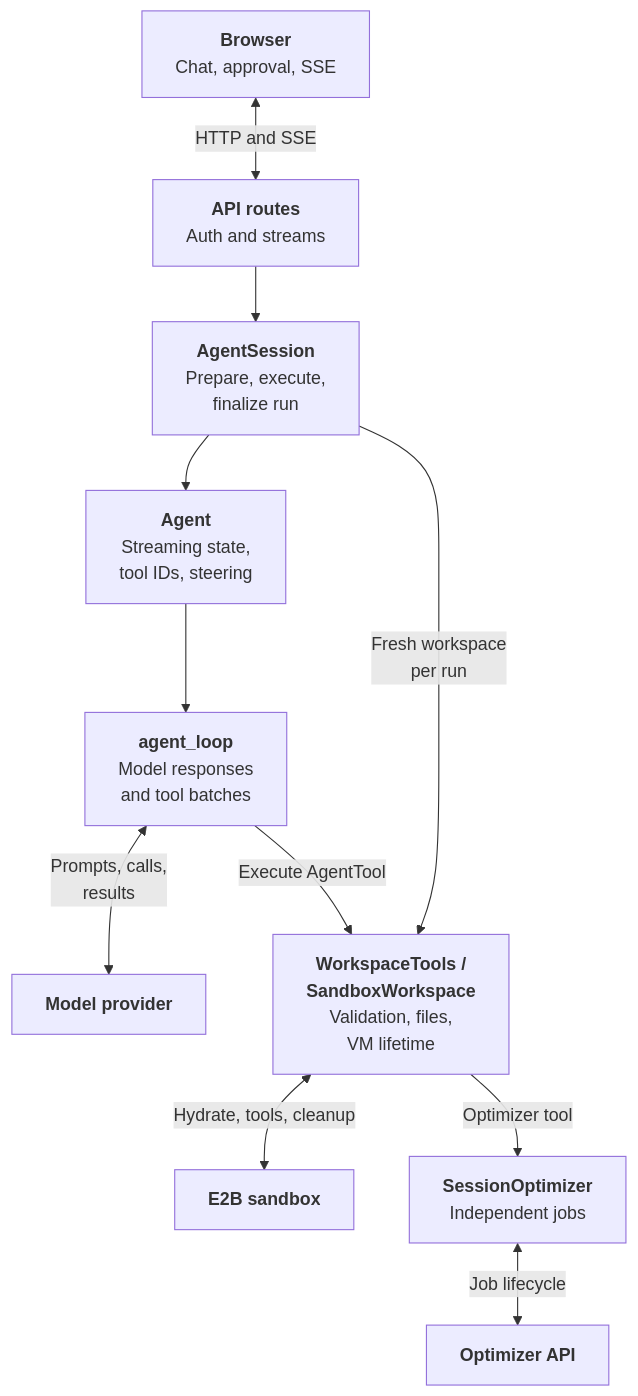
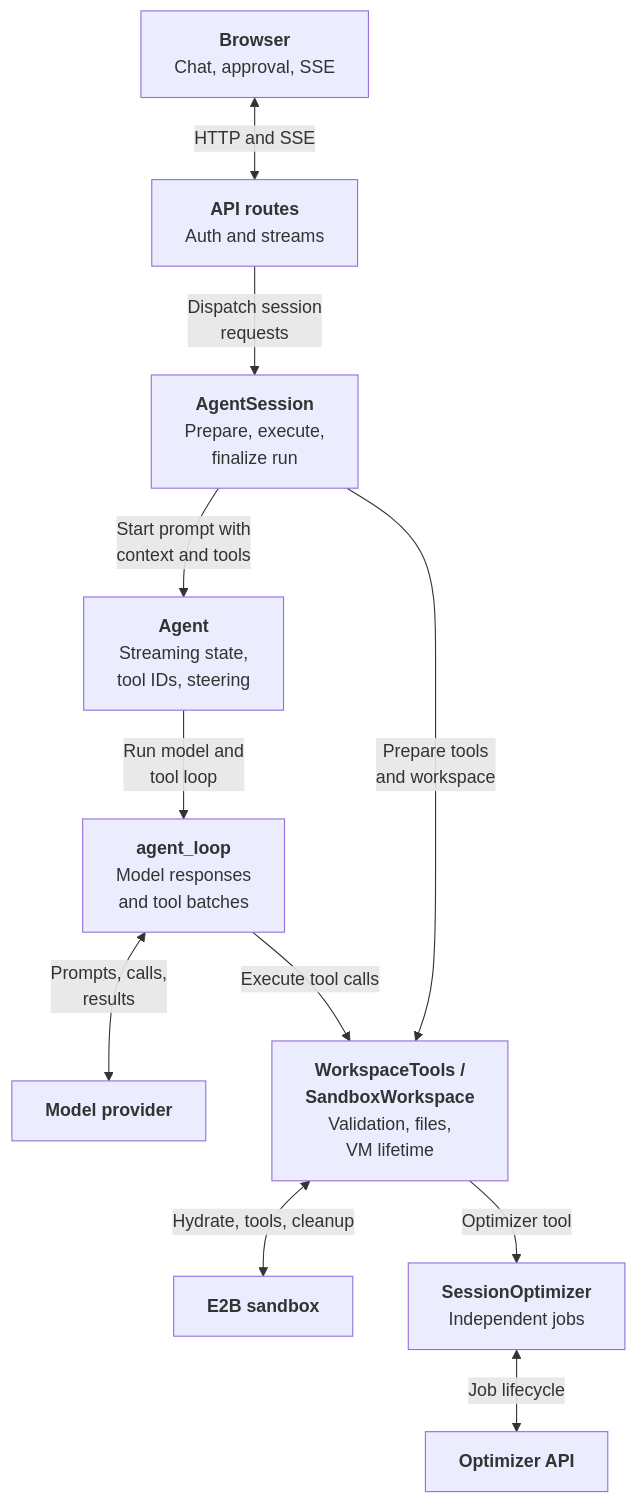
One commit to j3soon/nurse-scheduling changed the second of 14 diagrams in docs/content/developer-guide/ai-assistant.md. Above: the diagram before and after it, drawn with Mermaid. The commit also changed other lines of this file and 1 other file, not shown here.

First line of the commit message:
docs(ai): clarify runtime flow and diagram relationships

````diff
--- a/docs/content/developer-guide/ai-assistant.md
+++ b/docs/content/developer-guide/ai-assistant.md
@@ -92,23 +95,25 @@
 ```mermaid
 flowchart TB
     Browser[<b>Browser</b><br/>Chat, approval, SSE]
     Routes[<b>API routes</b><br/>Auth and streams]
     Session[<b>AgentSession</b><br/>Prepare, execute,<br/>finalize run]
     Agent[<b>Agent</b><br/>Streaming state,<br/>tool IDs, steering]
     Loop[<b>agent_loop</b><br/>Model responses<br/>and tool batches]
     Provider[<b>Model provider</b>]
     Workspace[<b>WorkspaceTools /<br/>SandboxWorkspace</b><br/>Validation, files,<br/>VM lifetime]
     E2B[<b>E2B sandbox</b>]
     Jobs[<b>SessionOptimizer</b><br/>Independent jobs]
     Optimizer[<b>Optimizer API</b>]
 
     Browser <-->|HTTP and SSE| Routes
-    Routes --> Session --> Agent --> Loop
+    Routes -->|Dispatch session<br/>requests| Session
+    Session -->|Start prompt with<br/>context and tools| Agent
+    Agent -->|Run model and<br/>tool loop| Loop
     Loop <-->|Prompts, calls,<br/>results| Provider
-    Session -->|Fresh workspace<br/>per run| Workspace
-    Loop -->|Execute AgentTool| Workspace
+    Session -->|Prepare tools<br/>and workspace| Workspace
+    Loop -->|Execute tool calls| Workspace
     Workspace <-->|Hydrate, tools, cleanup| E2B
     Workspace -->|Optimizer tool| Jobs
     Jobs <-->|Job lifecycle| Optimizer
 
 ```
````
